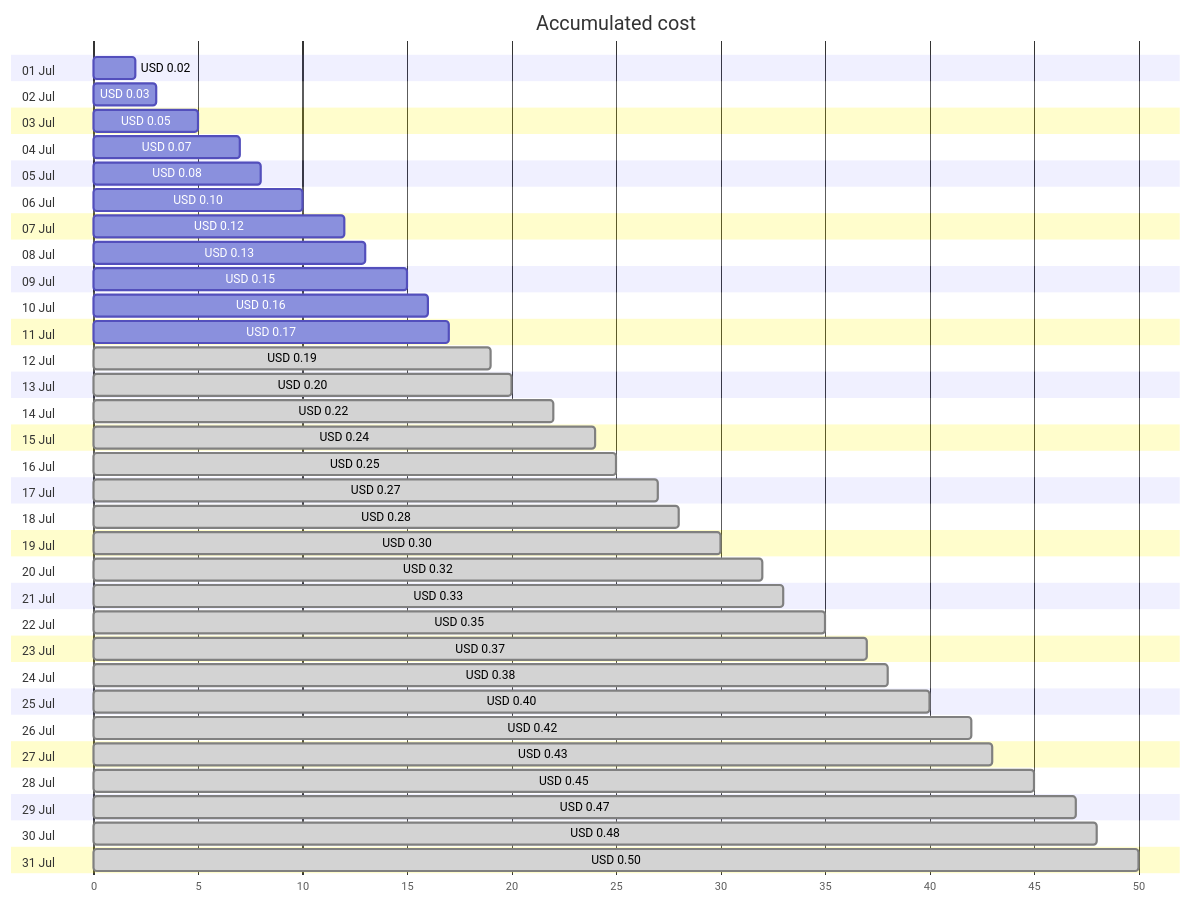
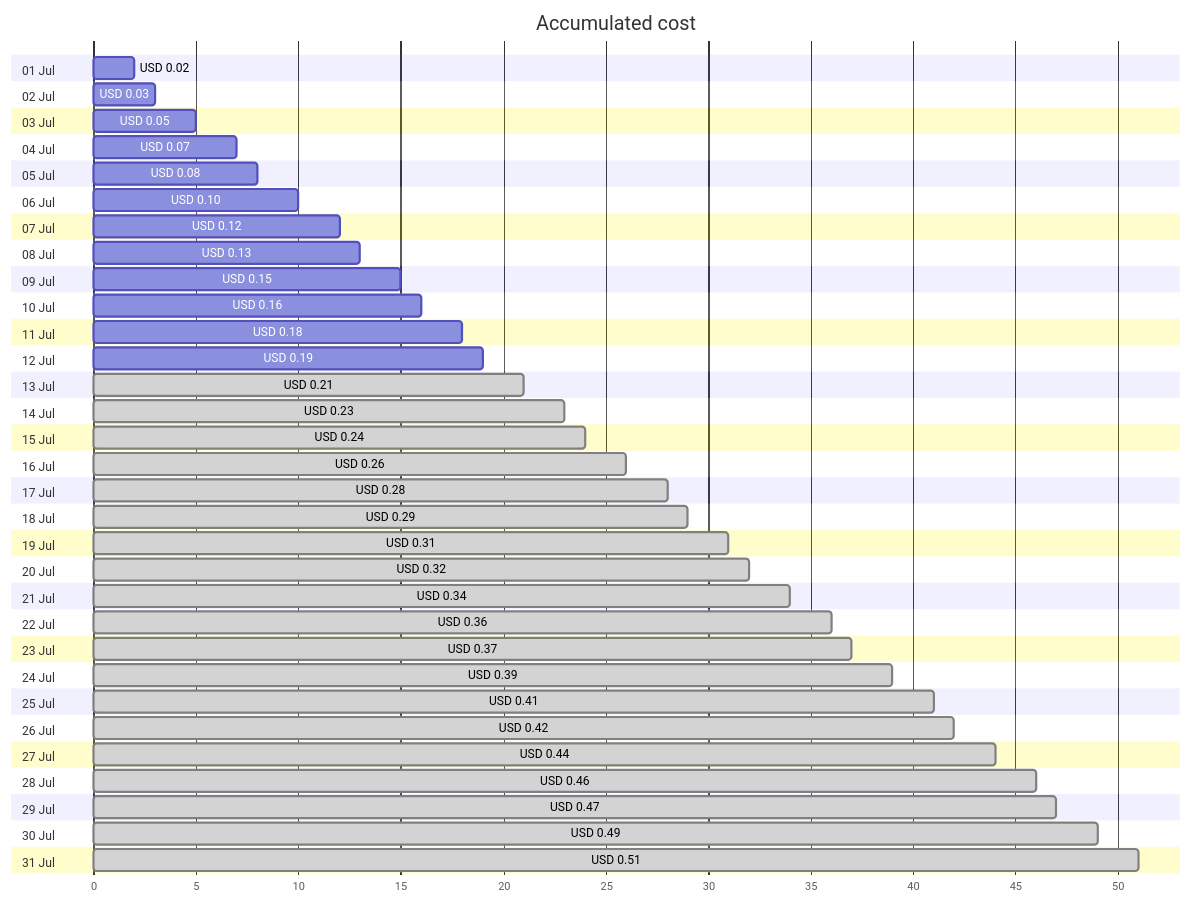
The first of 4 diagrams in cost-reports/personal-dns/jpatrickfulton.com.md (jpfulton/azure-personal-reports), drawn with Mermaid before and after one commit. The commit also changed other lines of this file and 2 other files, not shown here.

Commit message:
Generated reports [skip ci]

````diff
--- a/cost-reports/personal-dns/jpatrickfulton.com.md
+++ b/cost-reports/personal-dns/jpatrickfulton.com.md
@@ -20,68 +20,68 @@
 ```mermaid
 gantt
    title Accumulated cost
    dateFormat  X
    axisFormat %s
    section 01 Jul
    USD 0.02 :0, 2
    section 02 Jul
    USD 0.03 :0, 3
    section 03 Jul
    USD 0.05 :0, 5
    section 04 Jul
    USD 0.07 :0, 7
    section 05 Jul
    USD 0.08 :0, 8
    section 06 Jul
    USD 0.10 :0, 10
    section 07 Jul
    USD 0.12 :0, 12
    section 08 Jul
    USD 0.13 :0, 13
    section 09 Jul
    USD 0.15 :0, 15
    section 10 Jul
    USD 0.16 :0, 16
    section 11 Jul
-   USD 0.17 :0, 17
+   USD 0.18 :0, 18
    section 12 Jul
-   USD 0.19 : done, 0, 19
+   USD 0.19 :0, 19
    section 13 Jul
-   USD 0.20 : done, 0, 20
+   USD 0.21 : done, 0, 21
    section 14 Jul
-   USD 0.22 : done, 0, 22
+   USD 0.23 : done, 0, 23
    section 15 Jul
    USD 0.24 : done, 0, 24
    section 16 Jul
-   USD 0.25 : done, 0, 25
+   USD 0.26 : done, 0, 26
    section 17 Jul
-   USD 0.27 : done, 0, 27
+   USD 0.28 : done, 0, 28
    section 18 Jul
-   USD 0.28 : done, 0, 28
+   USD 0.29 : done, 0, 29
    section 19 Jul
-   USD 0.30 : done, 0, 30
+   USD 0.31 : done, 0, 31
    section 20 Jul
    USD 0.32 : done, 0, 32
    section 21 Jul
-   USD 0.33 : done, 0, 33
+   USD 0.34 : done, 0, 34
    section 22 Jul
-   USD 0.35 : done, 0, 35
+   USD 0.36 : done, 0, 36
    section 23 Jul
    USD 0.37 : done, 0, 37
    section 24 Jul
-   USD 0.38 : done, 0, 38
+   USD 0.39 : done, 0, 39
    section 25 Jul
-   USD 0.40 : done, 0, 40
+   USD 0.41 : done, 0, 41
    section 26 Jul
    USD 0.42 : done, 0, 42
    section 27 Jul
-   USD 0.43 : done, 0, 43
+   USD 0.44 : done, 0, 44
    section 28 Jul
-   USD 0.45 : done, 0, 45
+   USD 0.46 : done, 0, 46
    section 29 Jul
    USD 0.47 : done, 0, 47
    section 30 Jul
-   USD 0.48 : done, 0, 48
+   USD 0.49 : done, 0, 49
    section 31 Jul
-   USD 0.50 : done, 0, 50
+   USD 0.51 : done, 0, 51
 ```
````
